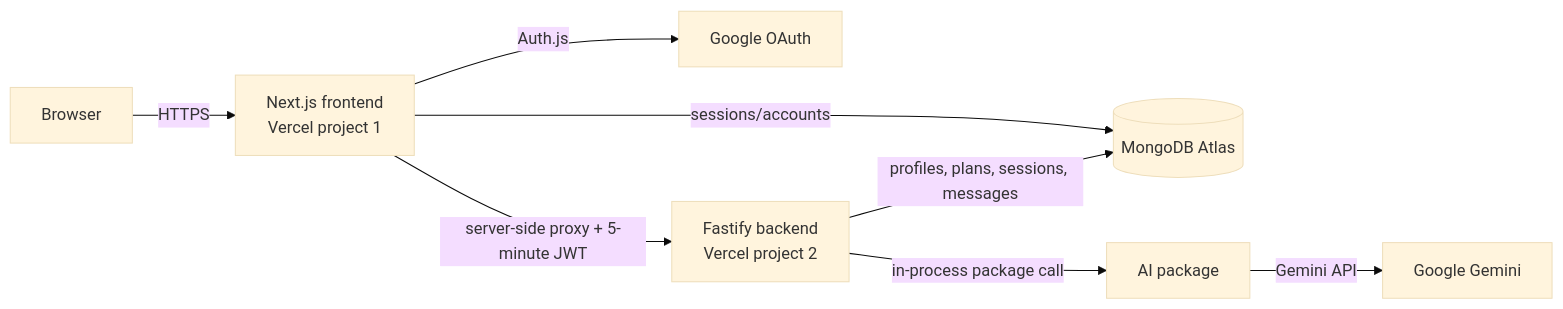
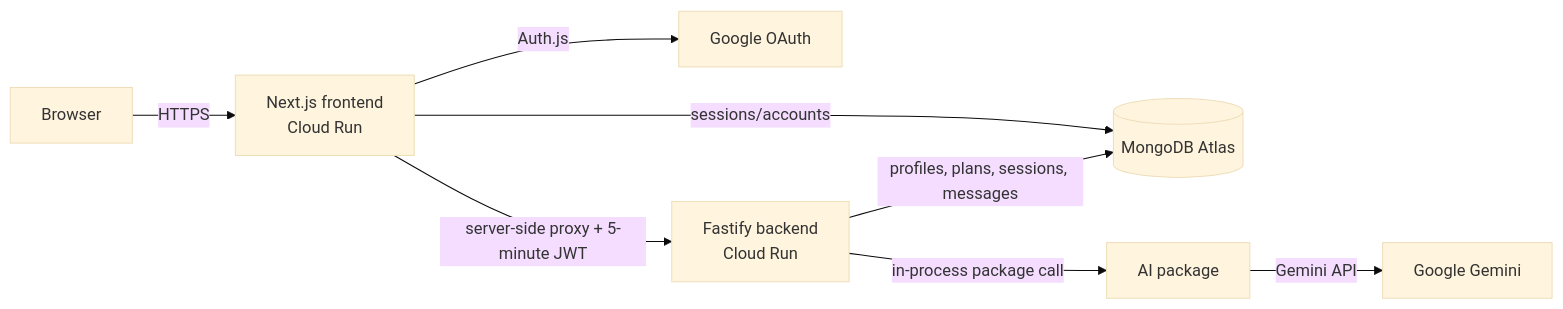
One commit to bharatgl/fitai-coach-web changed the diagram in docs/architecture.md. Above: the diagram before and after it, drawn with Mermaid (base theme). The commit also changed other lines of this file and 20 other files, not shown here.

Commit message:
chore: add turborepo and gcp cloud run deployment

````diff
--- a/docs/architecture.md
+++ b/docs/architecture.md
@@ -5,10 +5,10 @@
 ```mermaid
 flowchart LR
-  U[Browser] -->|HTTPS| F[Next.js frontend<br/>Vercel project 1]
+  U[Browser] -->|HTTPS| F[Next.js frontend<br/>Cloud Run]
   F -->|Auth.js| G[Google OAuth]
   F -->|sessions/accounts| M[(MongoDB Atlas)]
-  F -->|server-side proxy + 5-minute JWT| B[Fastify backend<br/>Vercel project 2]
+  F -->|server-side proxy + 5-minute JWT| B[Fastify backend<br/>Cloud Run]
   B -->|profiles, plans, sessions, messages| M
   B -->|in-process package call| A[AI package]
   A -->|Gemini API| O[Google Gemini]
 ```
````
